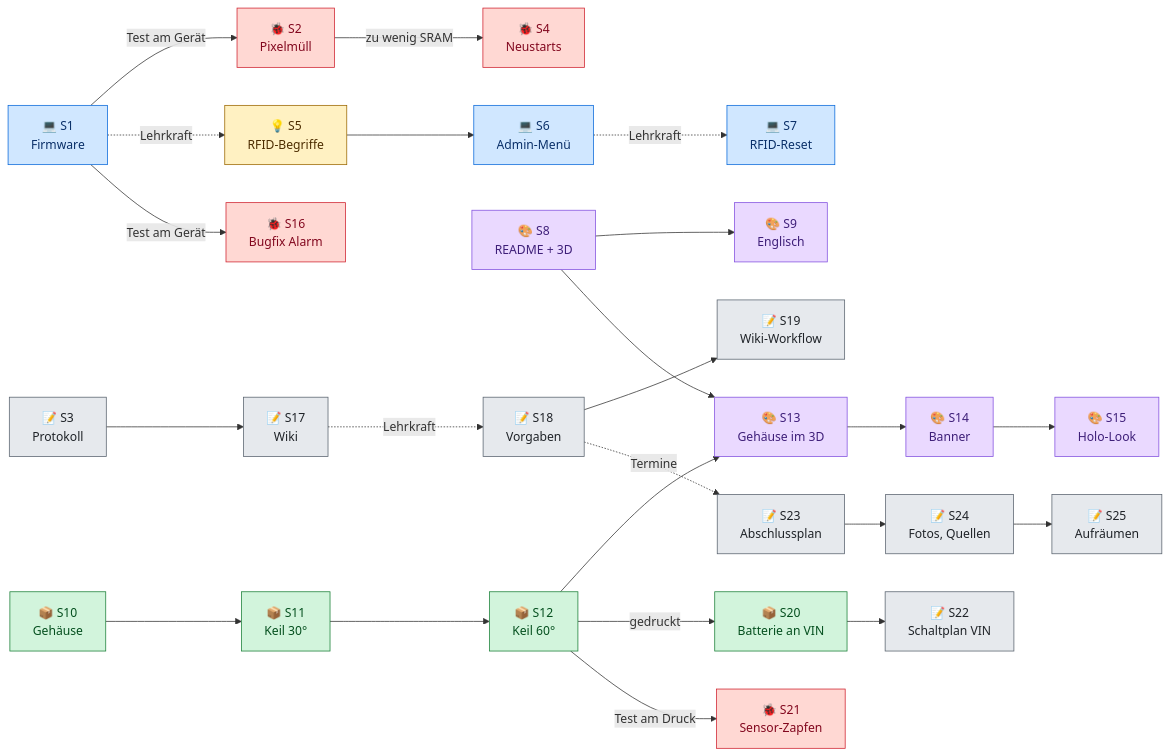
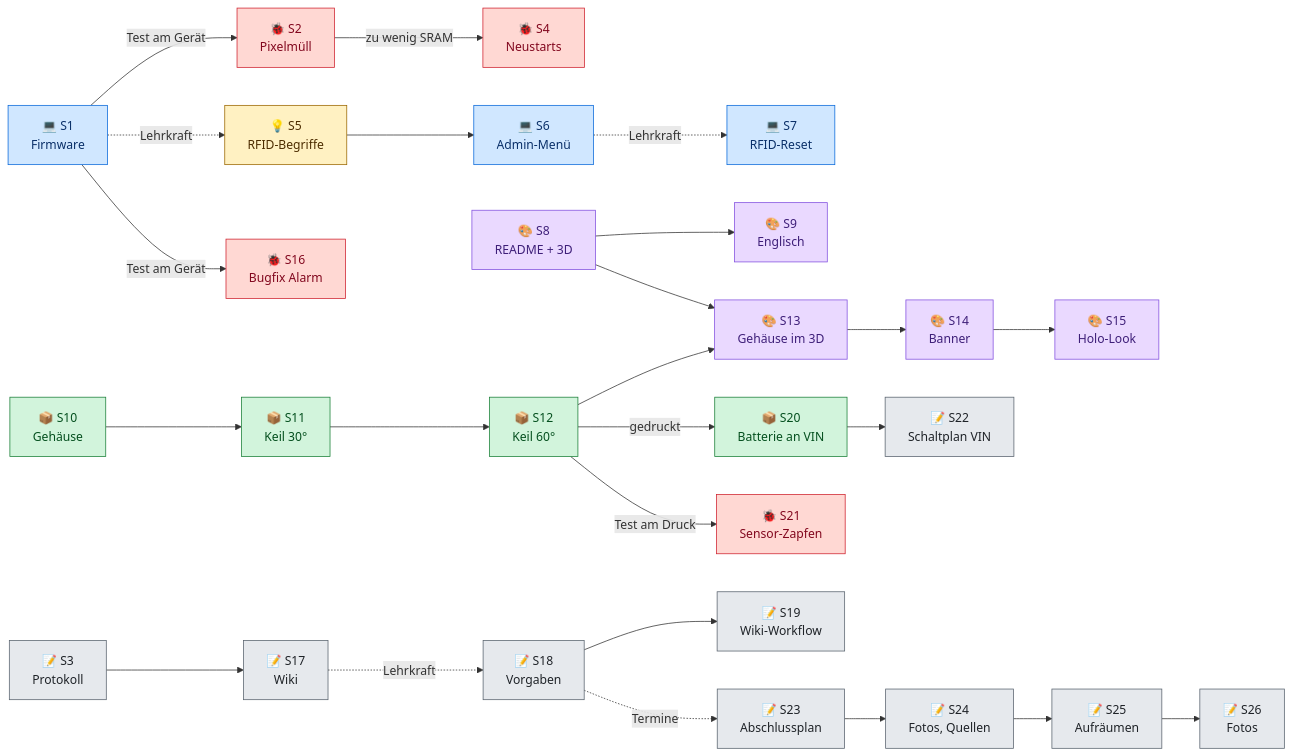
The second of 3 diagrams in wiki/Entwicklungsverlauf.md (BBZ-AIFS51/LF7-Projekt_GAS), drawn with Mermaid before and after one commit. The commit also changed other lines of this file and 14 other files, not shown here.

````diff
--- a/wiki/Entwicklungsverlauf.md
+++ b/wiki/Entwicklungsverlauf.md
@@ -64,58 +65,59 @@
 ```mermaid
 flowchart LR
     P1["💻 S1<br/>Firmware"]
     P2["🐞 S2<br/>Pixelmüll"]
     P3["📝 S3<br/>Protokoll"]
     P4["🐞 S4<br/>Neustarts"]
     P5["💡 S5<br/>RFID-Begriffe"]
     P6["💻 S6<br/>Admin-Menü"]
     P7["💻 S7<br/>RFID-Reset"]
     P8["🎨 S8<br/>README + 3D"]
     P9["🎨 S9<br/>Englisch"]
     P10["📦 S10<br/>Gehäuse"]
     P11["📦 S11<br/>Keil 30°"]
     P12["📦 S12<br/>Keil 60°"]
     P13["🎨 S13<br/>Gehäuse im 3D"]
     P14["🎨 S14<br/>Banner"]
     P15["🎨 S15<br/>Holo-Look"]
     P16["🐞 S16<br/>Bugfix Alarm"]
     P17["📝 S17<br/>Wiki"]
     P18["📝 S18<br/>Vorgaben"]
     P19["📝 S19<br/>Wiki-Workflow"]
     P20["📦 S20<br/>Batterie an VIN"]
     P21["🐞 S21<br/>Sensor-Zapfen"]
     P22["📝 S22<br/>Schaltplan VIN"]
     P23["📝 S23<br/>Abschlussplan"]
     P24["📝 S24<br/>Fotos, Quellen"]
     P25["📝 S25<br/>Aufräumen"]
+    P26["📝 S26<br/>Fotos"]
 
     P1 -- "Test am Gerät" --> P2 -- "zu wenig SRAM" --> P4
     P1 -. "Lehrkraft" .-> P5 --> P6
     P6 -. "Lehrkraft" .-> P7
     P1 -- "Test am Gerät" --> P16
     P8 --> P9
     P8 --> P13
     P10 --> P11 --> P12 --> P13
     P12 -- "gedruckt" --> P20
     P12 -- "Test am Druck" --> P21
     P20 --> P22
     P13 --> P14 --> P15
     P3 --> P17
     P17 -. "Lehrkraft" .-> P18
     P18 --> P19
     P18 -. "Termine" .-> P23
-    P23 --> P24 --> P25
+    P23 --> P24 --> P25 --> P26
 
     classDef fw fill:#d0e7ff,stroke:#0969da,color:#0a3069
     classDef bug fill:#ffd8d3,stroke:#cf222e,color:#82071e
     classDef info fill:#fff1c2,stroke:#9a6700,color:#4d2d00
     classDef vis fill:#ead9ff,stroke:#8250df,color:#3e1f79
     classDef box fill:#d2f4dc,stroke:#1a7f37,color:#044f1e
     classDef doc fill:#e6e9ed,stroke:#59636e,color:#1f2328
     class P1,P6,P7 fw
     class P2,P4,P16,P21 bug
     class P5 info
     class P8,P9,P13,P14,P15 vis
     class P10,P11,P12,P20 box
-    class P3,P17,P18,P19,P22,P23,P24,P25 doc
+    class P3,P17,P18,P19,P22,P23,P24,P25,P26 doc
 ```
````
